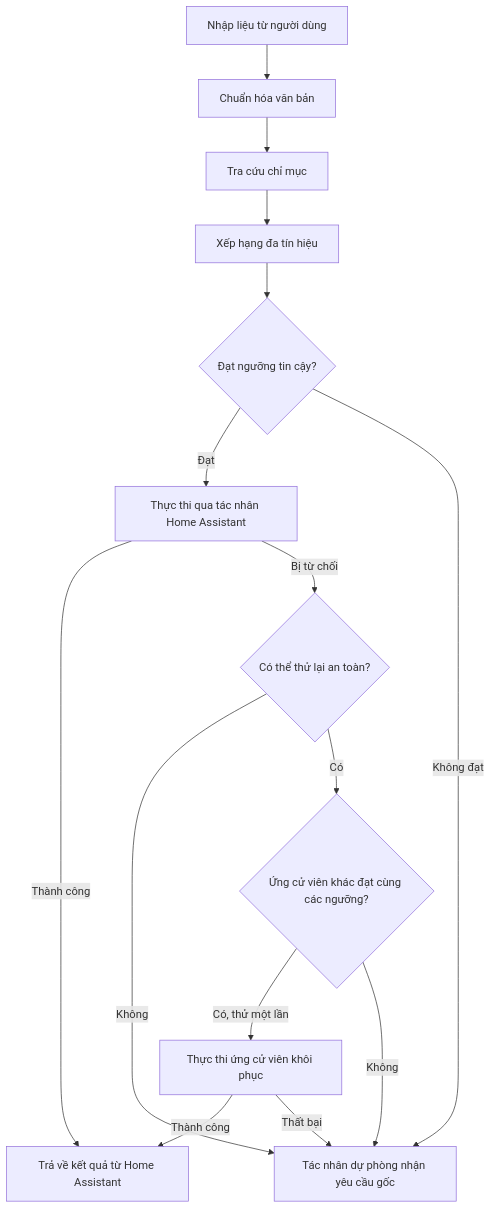
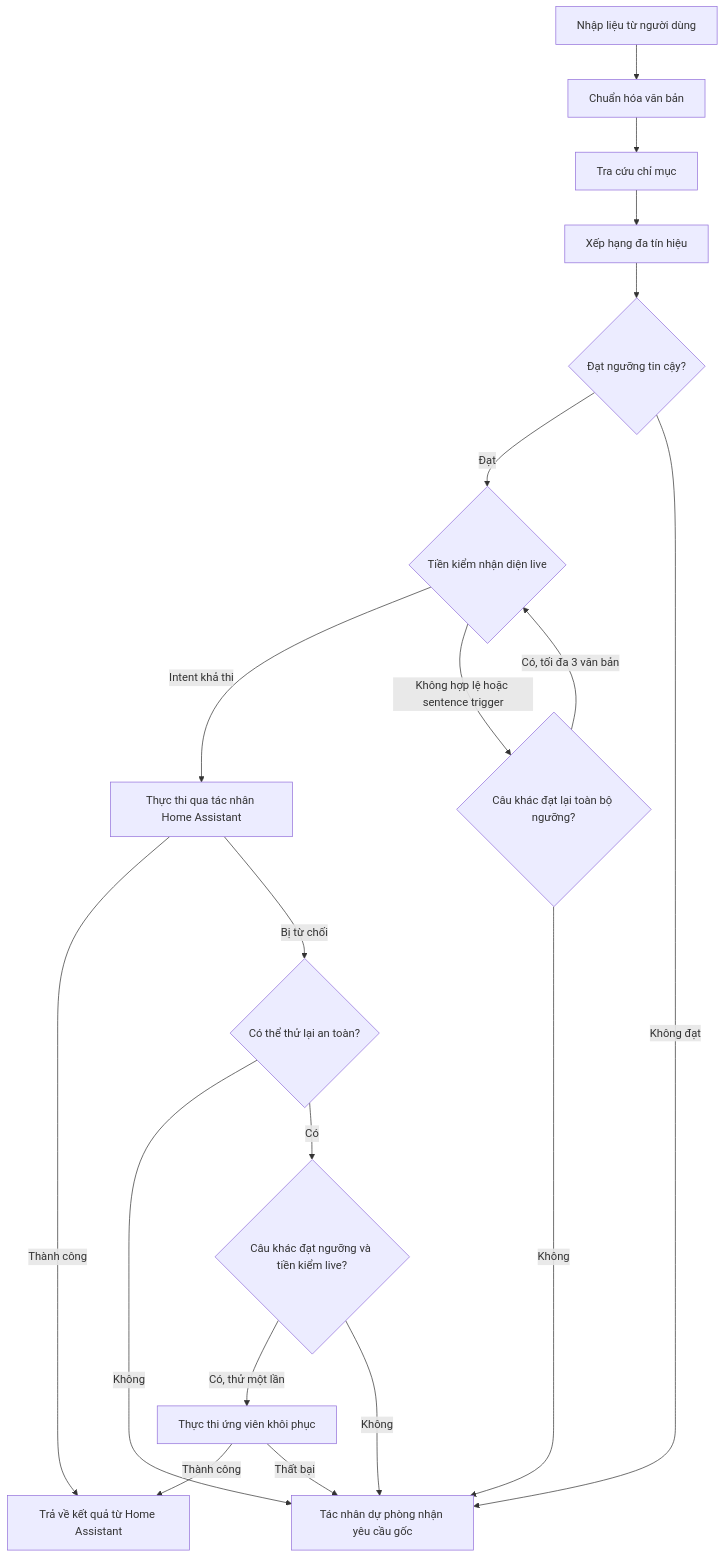
The diagram in README.vi.md (luuquangvu/assist-canonicalizer), drawn with Mermaid before and after one commit. The commit also changed other lines of this file and 75 other files, not shown here.

````diff
--- a/README.vi.md
+++ b/README.vi.md
@@ -103,17 +103,21 @@
 ```mermaid
 flowchart TD
     A[Nhập liệu từ người dùng] --> B[Chuẩn hóa văn bản]
     B --> C[Tra cứu chỉ mục]
     C --> D[Xếp hạng đa tín hiệu]
     D --> E{Đạt ngưỡng tin cậy?}
-    E -->|Đạt| F[Thực thi qua tác nhân Home Assistant]
+    E -->|Đạt| P{Tiền kiểm nhận diện live}
     E -->|Không đạt| G[Tác nhân dự phòng nhận yêu cầu gốc]
+    P -->|Intent khả thi| F[Thực thi qua tác nhân Home Assistant]
+    P -->|Không hợp lệ hoặc sentence trigger| J{Câu khác đạt lại toàn bộ ngưỡng?}
+    J -->|Có, tối đa 3 văn bản| P
+    J -->|Không| G
     F -->|Thành công| H[Trả về kết quả từ Home Assistant]
     F -->|Bị từ chối| R{Có thể thử lại an toàn?}
     R -->|Không| G
-    R -->|Có| J{Ứng cử viên khác đạt cùng các ngưỡng?}
-    J -->|Có, thử một lần| K[Thực thi ứng cử viên khôi phục]
-    J -->|Không| G
+    R -->|Có| Q{Câu khác đạt ngưỡng và tiền kiểm live?}
+    Q -->|Có, thử một lần| K[Thực thi ứng viên khôi phục]
+    Q -->|Không| G
     K -->|Thành công| H
     K -->|Thất bại| G
 ```
````
